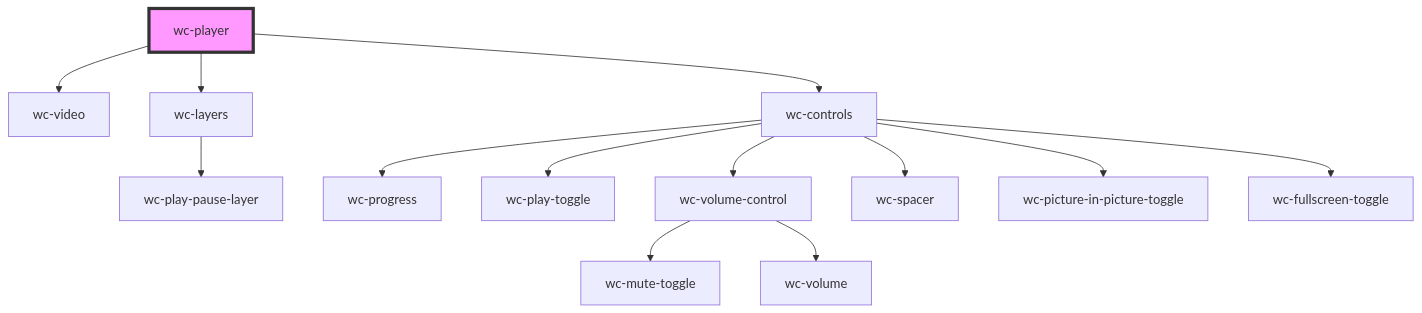
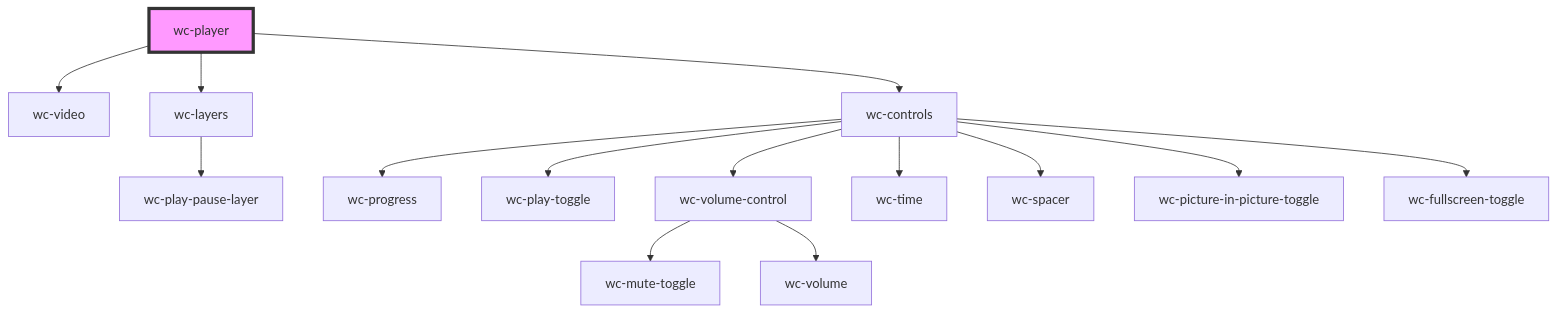
One commit to iChengbo/wcplayer changed the diagram in packages/wcplayer-components/src/components/wc-player/readme.md. Above: the diagram before and after it, drawn with Mermaid. The commit also changed 10 other files, not shown here.

````diff
--- a/packages/wcplayer-components/src/components/wc-player/readme.md
+++ b/packages/wcplayer-components/src/components/wc-player/readme.md
@@ -40,16 +40,17 @@
 ```mermaid
 graph TD;
   wc-player --> wc-video
   wc-player --> wc-layers
   wc-player --> wc-controls
   wc-layers --> wc-play-pause-layer
   wc-controls --> wc-progress
   wc-controls --> wc-play-toggle
   wc-controls --> wc-volume-control
+  wc-controls --> wc-time
   wc-controls --> wc-spacer
   wc-controls --> wc-picture-in-picture-toggle
   wc-controls --> wc-fullscreen-toggle
   wc-volume-control --> wc-mute-toggle
   wc-volume-control --> wc-volume
   style wc-player fill:#f9f,stroke:#333,stroke-width:4px
 ```
````
